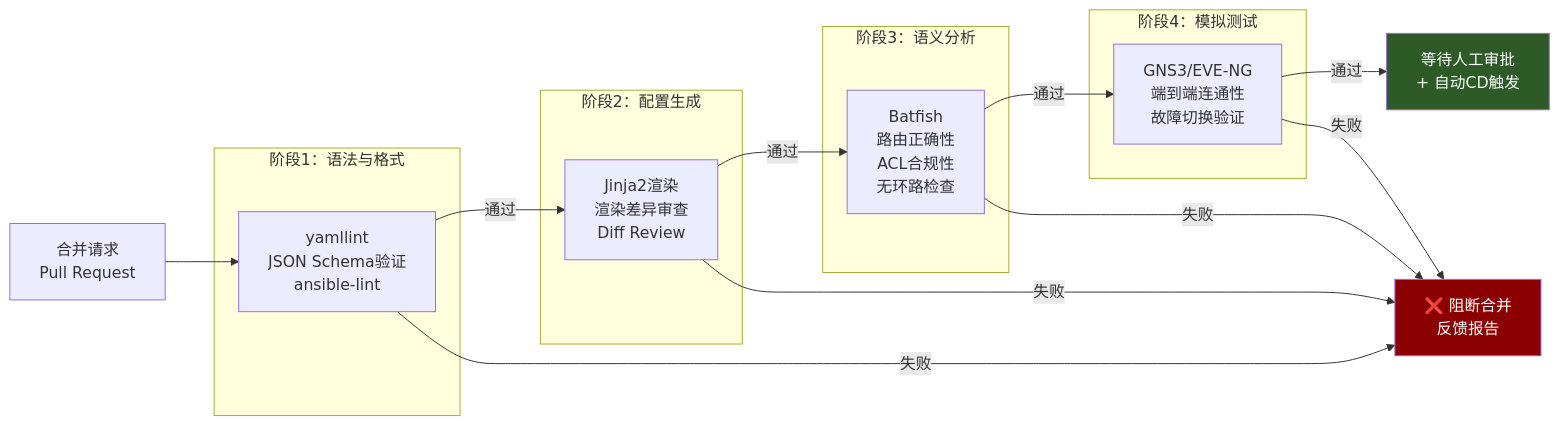
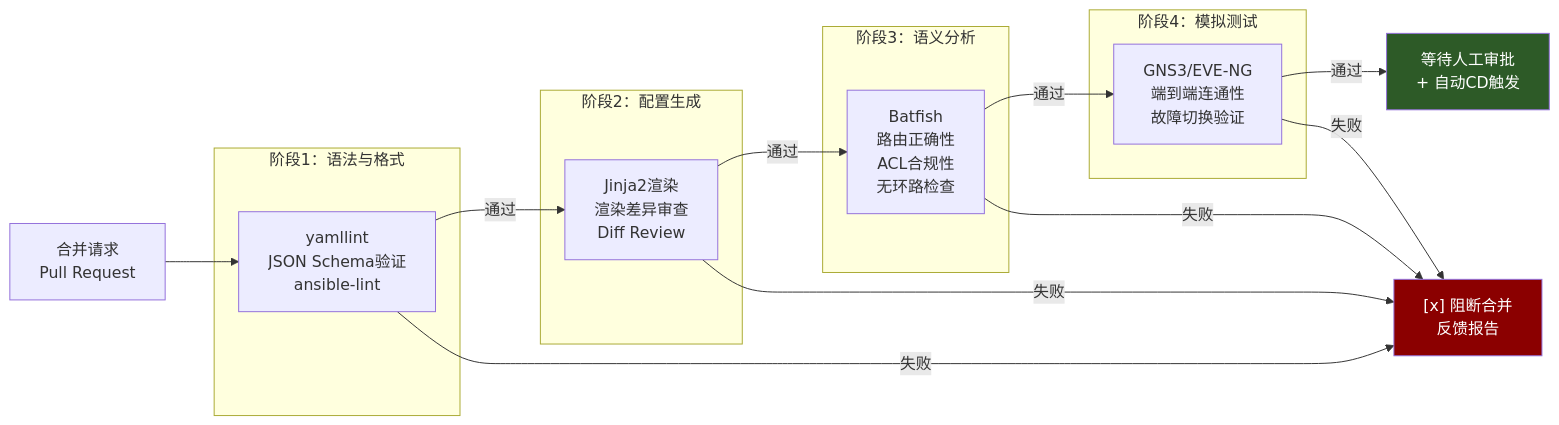
Before and after one commit to SKT-Shurima/NetworkMastery: the second of 4 diagrams in docs/guide/automation/network-cicd.md, drawn with Mermaid. The commit also changed other lines of this file and 54 other files, not shown here.

````diff
--- a/docs/guide/automation/network-cicd.md
+++ b/docs/guide/automation/network-cicd.md
@@ -174,33 +174,33 @@
 ```mermaid
 flowchart LR
     PR["合并请求\nPull Request"] --> L1
 
     subgraph "阶段1：语法与格式"
         L1["yamllint\nJSON Schema验证\nansible-lint"]
     end
 
     subgraph "阶段2：配置生成"
         L2["Jinja2渲染\n渲染差异审查\nDiff Review"]
     end
 
     subgraph "阶段3：语义分析"
         L3["Batfish\n路由正确性\nACL合规性\n无环路检查"]
     end
 
     subgraph "阶段4：模拟测试"
         L4["GNS3/EVE-NG\n端到端连通性\n故障切换验证"]
     end
 
     L1 -->|通过| L2
     L2 -->|通过| L3
     L3 -->|通过| L4
     L4 -->|通过| APPROVE["等待人工审批\n+ 自动CD触发"]
 
-    L1 -->|失败| FAIL["❌ 阻断合并\n反馈报告"]
+    L1 -->|失败| FAIL["[x] 阻断合并\n反馈报告"]
     L2 -->|失败| FAIL
     L3 -->|失败| FAIL
     L4 -->|失败| FAIL
 
     style APPROVE fill:#2d5a27,color:#fff
     style FAIL fill:#8b0000,color:#fff
 ```
````
